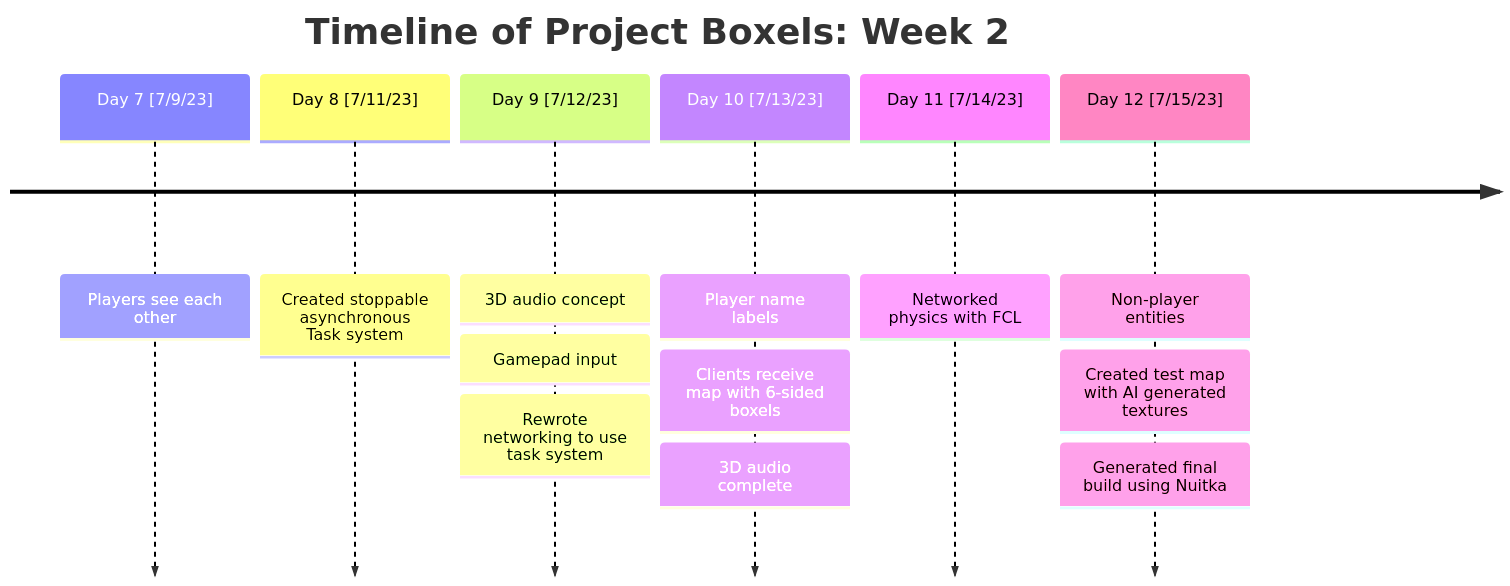
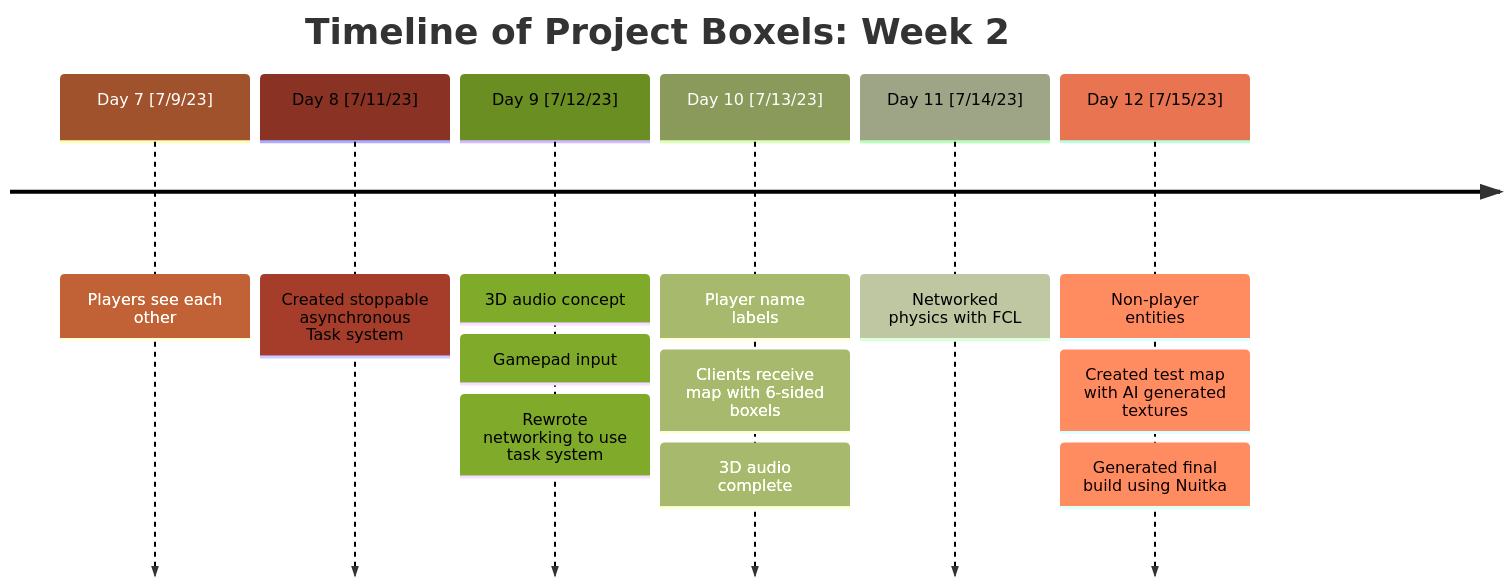
The second of 2 diagrams in blog/posts/boxels-11-years-of-learning/post.md (Pebaz/fromzero-blog), drawn with Mermaid before and after one commit. The commit also changed other lines of this file and 6 other files, not shown here.

```diff
--- a/blog/posts/boxels-11-years-of-learning/post.md
+++ b/blog/posts/boxels-11-years-of-learning/post.md
@@ -53,16 +78,30 @@
     <div class="mermaid">
+        %%{
+            init: {
+                'logLevel': 'debug',
+                'theme': 'default',
+                'themeVariables': {
+                    'cScale0': '#A0522D',
+                    'cScale1': '#8A3324',
+                    'cScale2': '#6B8E23',
+                    'cScale3': '#8A9A5B',
+                    'cScale4': '#9EA587',
+                    'cScale5': '#E97451'
+                }
+            }
+        }%%
         timeline
             title Timeline of Project Boxels: Week 2
             Day 7 [7/9/23]: Players see each other
             Day 8 [7/11/23]: Created stoppable asynchronous Task system
             Day 9 [7/12/23]: 3D audio concept
                 : Gamepad input
                 : Rewrote networking to use task system
             Day 10 [7/13/23]: Player name labels
                 : Clients receive map with 6-sided boxels
                 : 3D audio complete
             Day 11 [7/14/23]: Networked physics with FCL
             Day 12 [7/15/23]: Non-player entities
                 : Created test map with AI generated textures
                 : Generated final build using Nuitka
     </div>
```
